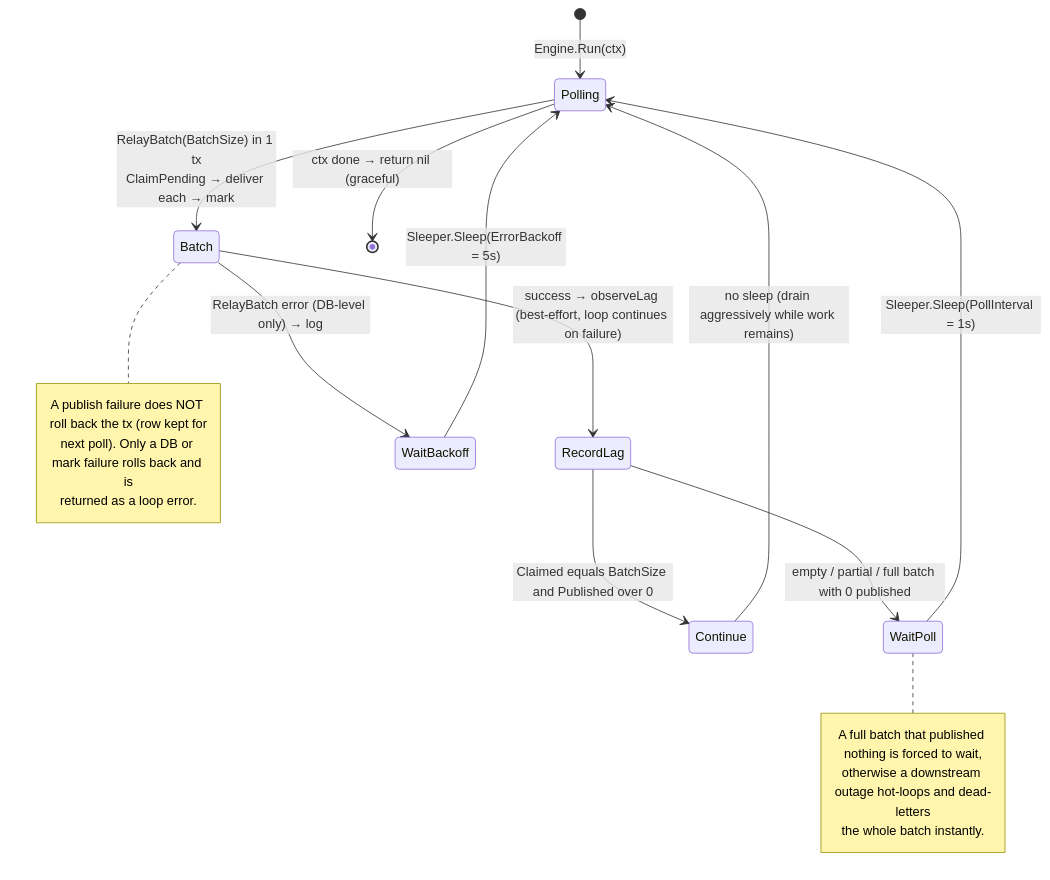
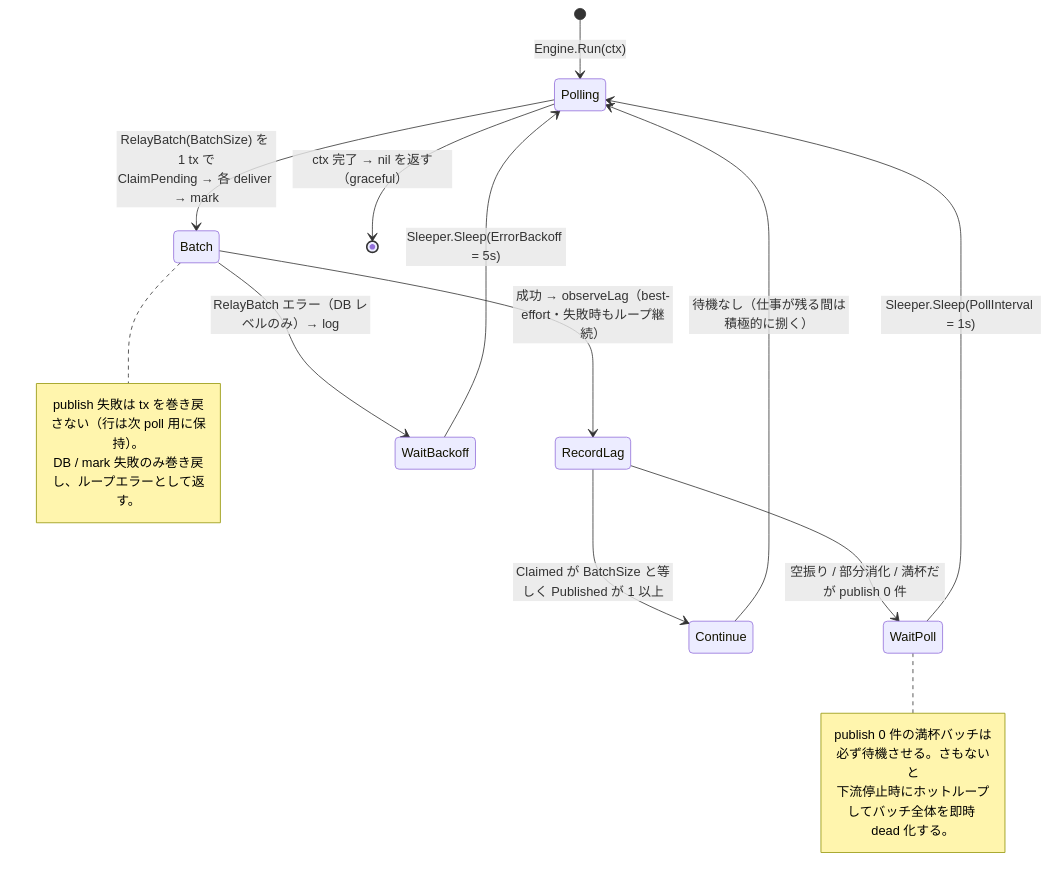
The second of 5 diagrams in docs/design/outbox.md (Tomy-ch/go-boilerplate), drawn with Mermaid before and after one commit. The commit also changed other lines of this file and 970 other files, not shown here.

````diff
--- a/docs/design/outbox.md
+++ b/docs/design/outbox.md
@@ -67,24 +67,22 @@
 ```mermaid
 stateDiagram-v2
     [*] --> Polling: Engine.Run(ctx)
-    Polling --> Batch: RelayBatch(BatchSize) in 1 tx<br/>ClaimPending → deliver each → mark
-    Batch --> RecordLag: success → observeLag (best-effort, loop continues on failure)
-    RecordLag --> Continue: Claimed equals BatchSize and Published over 0
-    RecordLag --> WaitPoll: empty / partial / full batch with 0 published
-    Batch --> WaitBackoff: RelayBatch error (DB-level only) → log
-    Continue --> Polling: no sleep (drain aggressively while work remains)
+    Polling --> Batch: RelayBatch(BatchSize) を 1 tx で<br/>ClaimPending → 各 deliver → mark
+    Batch --> RecordLag: 成功 → observeLag（best-effort・失敗時もループ継続）
+    RecordLag --> Continue: Claimed が BatchSize と等しく Published が 1 以上
+    RecordLag --> WaitPoll: 空振り / 部分消化 / 満杯だが publish 0 件
+    Batch --> WaitBackoff: RelayBatch エラー（DB レベルのみ）→ log
+    Continue --> Polling: 待機なし（仕事が残る間は積極的に捌く）
     WaitPoll --> Polling: Sleeper.Sleep(PollInterval = 1s)
     WaitBackoff --> Polling: Sleeper.Sleep(ErrorBackoff = 5s)
-    Polling --> [*]: ctx done → return nil (graceful)
+    Polling --> [*]: ctx 完了 → nil を返す（graceful）
 
     note right of WaitPoll
-      A full batch that published nothing is forced to wait,
-      otherwise a downstream outage hot-loops and dead-letters
-      the whole batch instantly.
+      publish 0 件の満杯バッチは必ず待機させる。さもないと
+      下流停止時にホットループしてバッチ全体を即時 dead 化する。
     end note
     note right of Batch
-      A publish failure does NOT roll back the tx (row kept for
-      next poll). Only a DB or mark failure rolls back and is
-      returned as a loop error.
+      publish 失敗は tx を巻き戻さない（行は次 poll 用に保持）。
+      DB / mark 失敗のみ巻き戻し、ループエラーとして返す。
     end note
 ```
````
